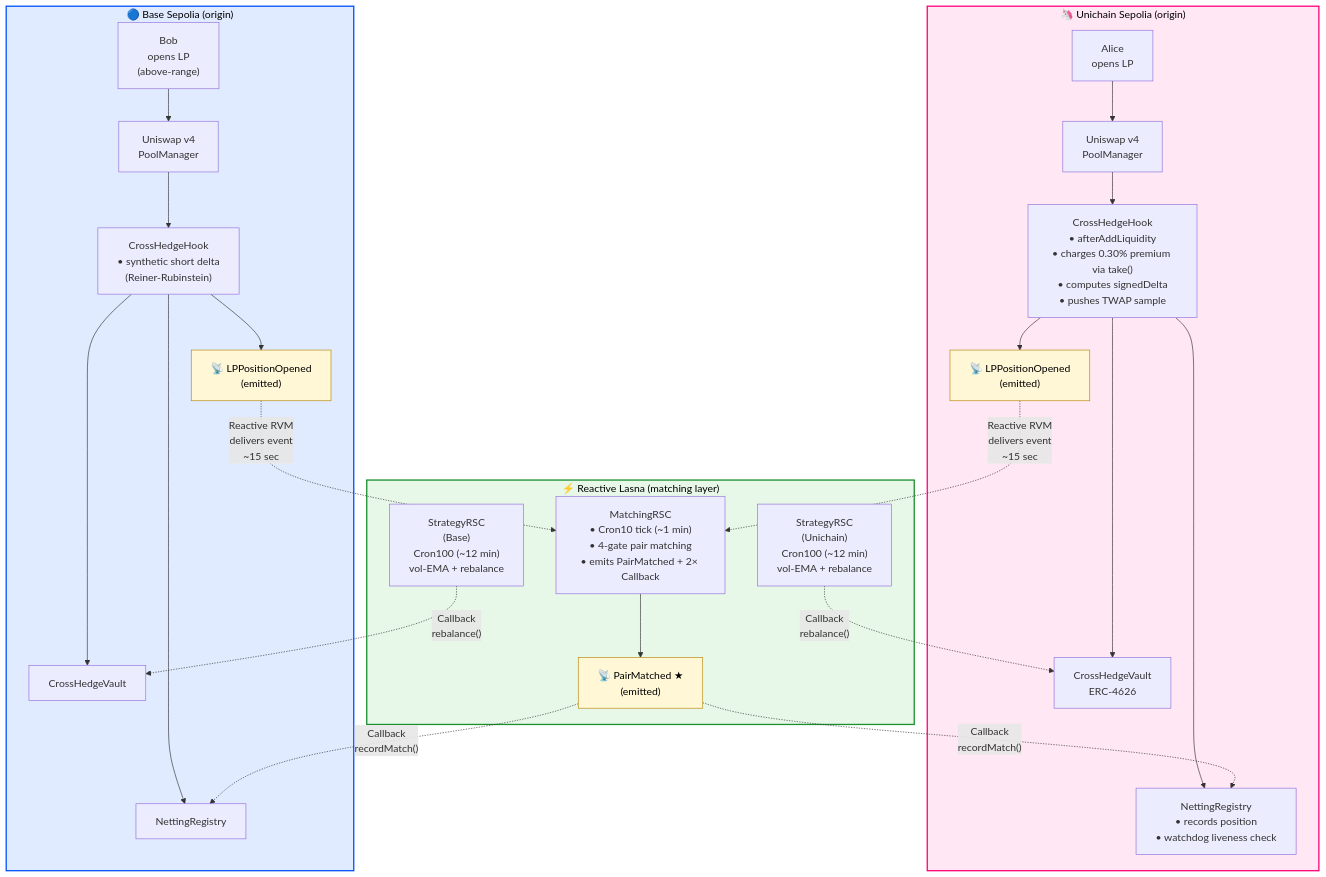
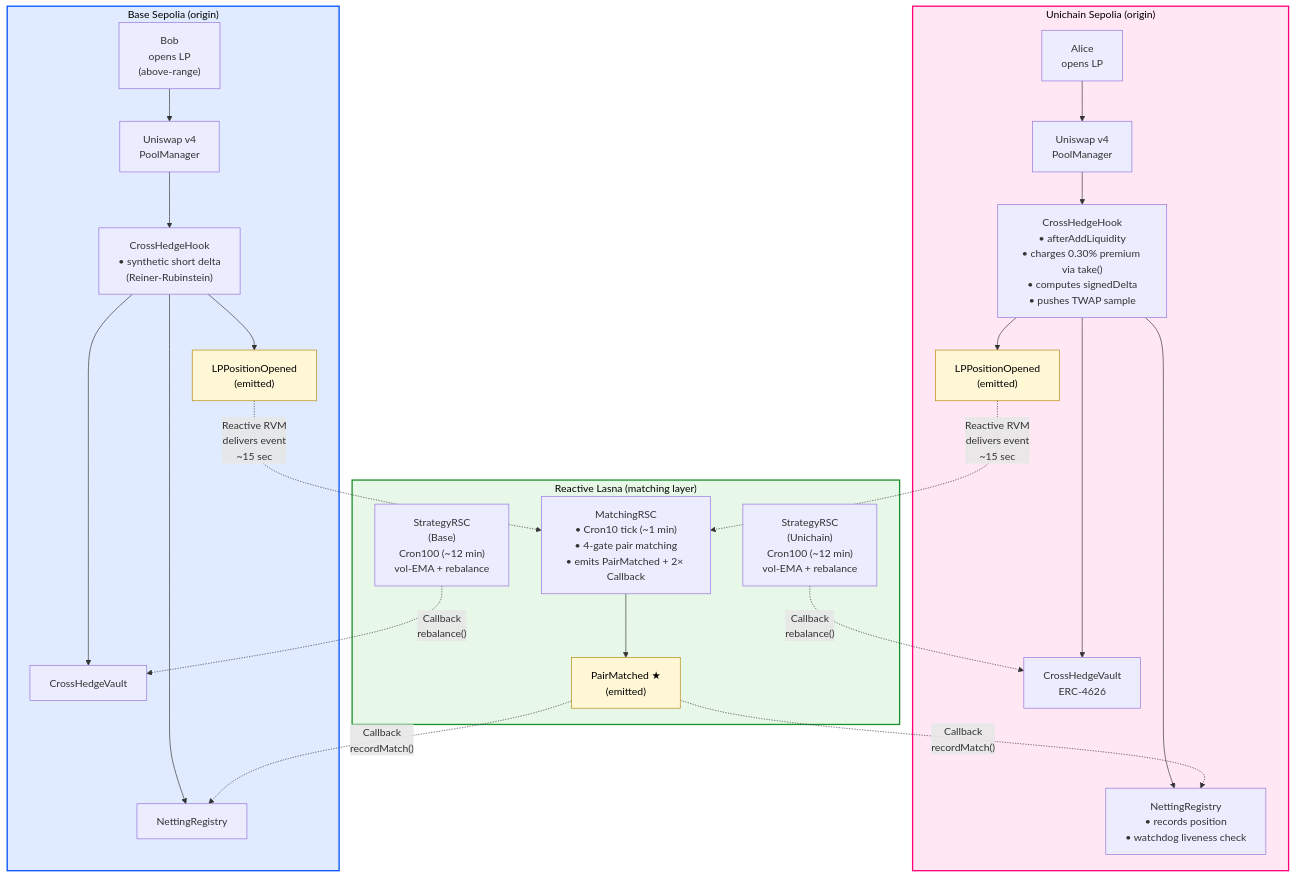
One commit to jmakwana0x1/UHI-Project changed the first of 2 diagrams in README.md. Above: the diagram before and after it, drawn with Mermaid. The commit also changed other lines of this file, not shown here.

````diff
--- a/README.md
+++ b/README.md
@@ -130,50 +130,50 @@
 ```mermaid
 flowchart TB
     classDef chain1 fill:#FFE7F3,stroke:#FF007A,stroke-width:2px,color:#000
     classDef chain2 fill:#E0EBFF,stroke:#0052FF,stroke-width:2px,color:#000
     classDef chain3 fill:#E8F8E8,stroke:#1A8F2E,stroke-width:2px,color:#000
     classDef event fill:#FFF7D6,stroke:#B8860B,stroke-width:1px,color:#000
 
-    subgraph U["🦄 Unichain Sepolia (origin)"]
+    subgraph U["Unichain Sepolia (origin)"]
         Alice["Alice<br/>opens LP"]
         PMU["Uniswap v4<br/>PoolManager"]
         HookU["CrossHedgeHook<br/>• afterAddLiquidity<br/>• charges 0.30% premium via take()<br/>• computes signedDelta<br/>• pushes TWAP sample"]
         RegU["NettingRegistry<br/>• records position<br/>• watchdog liveness check"]
         VaultU["CrossHedgeVault<br/>ERC-4626"]
-        EvtU["📡 LPPositionOpened<br/>(emitted)"]:::event
+        EvtU["LPPositionOpened<br/>(emitted)"]:::event
         Alice --> PMU --> HookU --> RegU
         HookU --> VaultU
         HookU --> EvtU
     end
 
-    subgraph L["⚡ Reactive Lasna (matching layer)"]
+    subgraph L["Reactive Lasna (matching layer)"]
         MRSC["MatchingRSC<br/>• Cron10 tick (~1 min)<br/>• 4-gate pair matching<br/>• emits PairMatched + 2× Callback"]
         SRSCU["StrategyRSC<br/>(Unichain)<br/>Cron100 (~12 min)<br/>vol-EMA + rebalance"]
         SRSCB["StrategyRSC<br/>(Base)<br/>Cron100 (~12 min)<br/>vol-EMA + rebalance"]
-        EvtPM["📡 PairMatched ★<br/>(emitted)"]:::event
+        EvtPM["PairMatched ★<br/>(emitted)"]:::event
         MRSC --> EvtPM
     end
 
-    subgraph B["🔵 Base Sepolia (origin)"]
+    subgraph B["Base Sepolia (origin)"]
         Bob["Bob<br/>opens LP<br/>(above-range)"]
         PMB["Uniswap v4<br/>PoolManager"]
         HookB["CrossHedgeHook<br/>• synthetic short delta<br/>(Reiner-Rubinstein)"]
         RegB["NettingRegistry"]
         VaultB["CrossHedgeVault"]
-        EvtB["📡 LPPositionOpened<br/>(emitted)"]:::event
+        EvtB["LPPositionOpened<br/>(emitted)"]:::event
         Bob --> PMB --> HookB --> RegB
         HookB --> VaultB
         HookB --> EvtB
     end
 
     EvtU -.->|"Reactive RVM<br/>delivers event<br/>~15 sec"| MRSC
     EvtB -.->|"Reactive RVM<br/>delivers event<br/>~15 sec"| MRSC
     EvtPM -.->|"Callback<br/>recordMatch()"| RegU
     EvtPM -.->|"Callback<br/>recordMatch()"| RegB
     SRSCU -.->|"Callback<br/>rebalance()"| VaultU
     SRSCB -.->|"Callback<br/>rebalance()"| VaultB
 
     class U chain1
     class B chain2
     class L chain3
 ```
````
